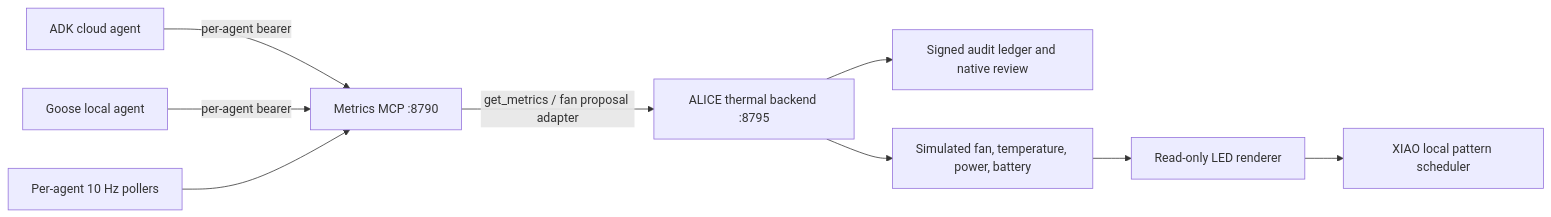
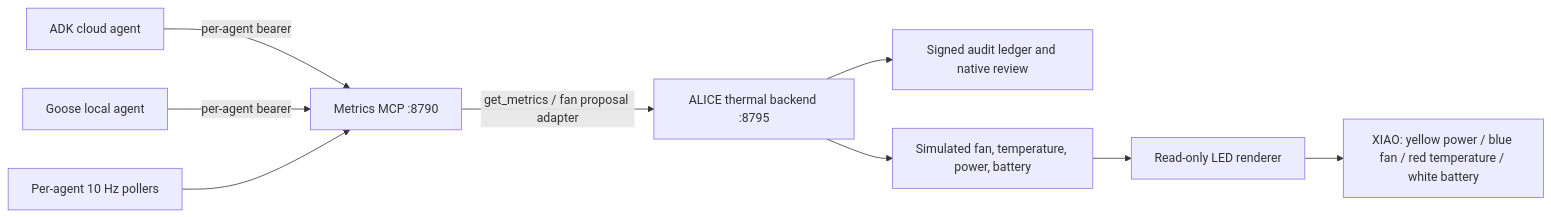
Before and after one commit to theoberk25/Alice: the diagram in docs/agent-build/topology.md, drawn with Mermaid. The commit also changed other lines of this file and 14 other files, not shown here.

````diff
--- a/docs/agent-build/topology.md
+++ b/docs/agent-build/topology.md
@@ -6,11 +6,11 @@
 ```mermaid
 flowchart LR
     A[ADK cloud agent] -->|per-agent bearer| M[Metrics MCP :8790]
     G[Goose local agent] -->|per-agent bearer| M
     P[Per-agent 10 Hz pollers] --> M
     M -->|get_metrics / fan proposal adapter| T[ALICE thermal backend :8795]
     T --> L[Signed audit ledger and native review]
     T --> F[Simulated fan, temperature, power, battery]
     F --> R[Read-only LED renderer]
-    R --> X[XIAO local pattern scheduler]
+    R --> X[XIAO: yellow power / blue fan / red temperature / white battery]
 ```
````
